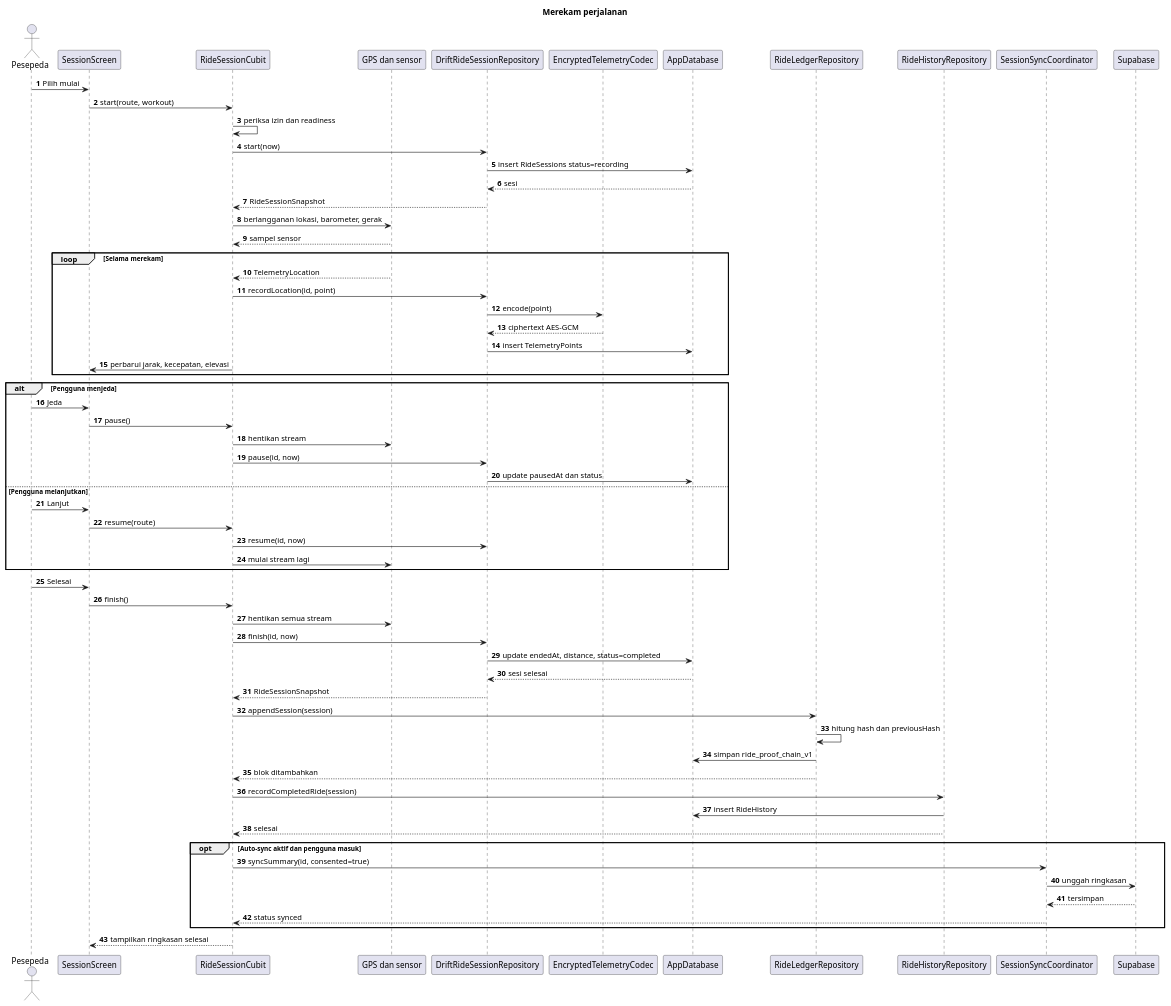
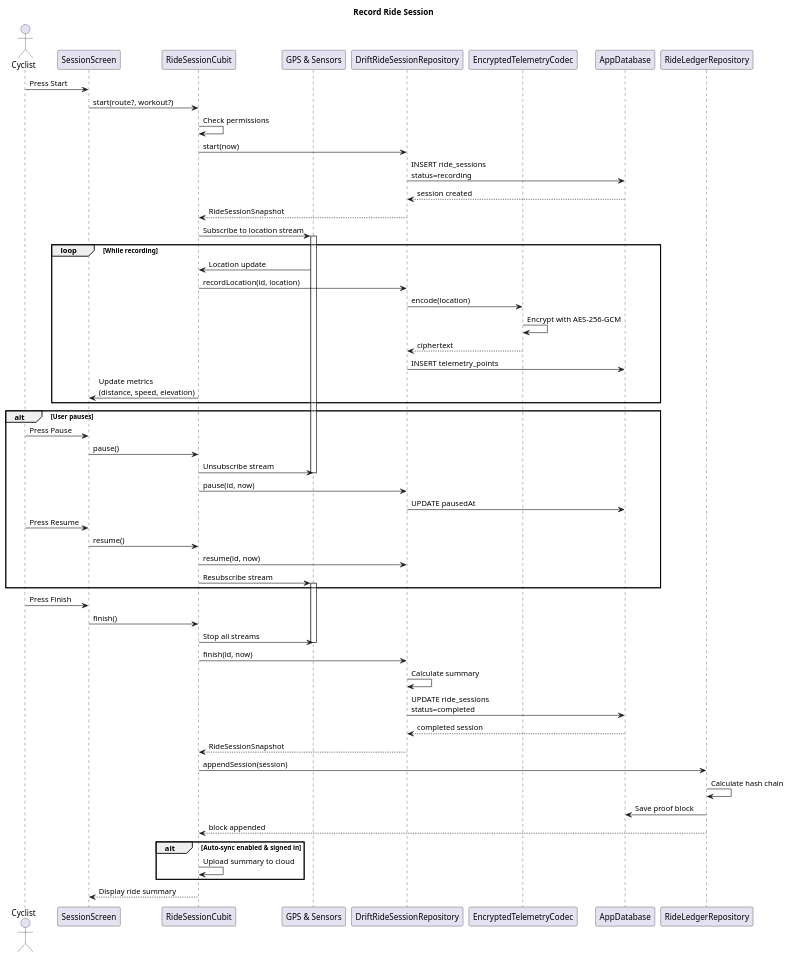
The fifth of 8 diagrams in docs/UML.md (IvandryPage/senapath-app), drawn with PlantUML before and after one commit. The commit also changed other lines of this file and 119 other files, not shown here.

````diff
--- a/docs/UML.md
+++ b/docs/UML.md
@@ -592,76 +563,73 @@
 ```plantuml
 @startuml
-title Merekam perjalanan
-autonumber
+title Record Ride Session
 
-actor "Pesepeda" as User
+actor Cyclist
 participant "SessionScreen" as UI
 participant "RideSessionCubit" as Cubit
-participant "GPS dan sensor" as Sensors
+participant "GPS & Sensors" as GPS
 participant "DriftRideSessionRepository" as Repo
 participant "EncryptedTelemetryCodec" as Codec
 participant "AppDatabase" as DB
 participant "RideLedgerRepository" as Ledger
-participant "RideHistoryRepository" as History
-participant "SessionSyncCoordinator" as Sync
-participant "Supabase" as Cloud
 
-User -> UI : Pilih mulai
-UI -> Cubit : start(route, workout)
-Cubit -> Cubit : periksa izin dan readiness
-Cubit -> Repo : start(now)
-Repo -> DB : insert RideSessions status=recording
-DB --> Repo : sesi
-Repo --> Cubit : RideSessionSnapshot
-Cubit -> Sensors : berlangganan lokasi, barometer, gerak
-Sensors --> Cubit : sampel sensor
+Cyclist -> UI: Press Start
+UI -> Cubit: start(route?, workout?)
+Cubit -> Cubit: Check permissions
+Cubit -> Repo: start(now)
+Repo -> DB: INSERT ride_sessions\nstatus=recording
+DB --> Repo: session created
+Repo --> Cubit: RideSessionSnapshot
 
-loop Selama merekam
-  Sensors --> Cubit : TelemetryLocation
-  Cubit -> Repo : recordLocation(id, point)
-  Repo -> Codec : encode(point)
-  Codec --> Repo : ciphertext AES-GCM
-  Repo -> DB : insert TelemetryPoints
-  Cubit -> UI : perbarui jarak, kecepatan, elevasi
+Cubit -> GPS: Subscribe to location stream
+activate GPS
+
+loop While recording
+  GPS -> Cubit: Location update
+  Cubit -> Repo: recordLocation(id, location)
+  Repo -> Codec: encode(location)
+  Codec -> Codec: Encrypt with AES-256-GCM
+  Codec --> Repo: ciphertext
+  Repo -> DB: INSERT telemetry_points
+  Cubit -> UI: Update metrics\n(distance, speed, elevation)
 end
 
-alt Pengguna menjeda
-  User -> UI : Jeda
-  UI -> Cubit : pause()
-  Cubit -> Sensors : hentikan stream
-  Cubit -> Repo : pause(id, now)
-  Repo -> DB : update pausedAt dan status
-else Pengguna melanjutkan
-  User -> UI : Lanjut
-  UI -> Cubit : resume(route)
-  Cubit -> Repo : resume(id, now)
-  Cubit -> Sensors : mulai stream lagi
+alt User pauses
+  Cyclist -> UI: Press Pause
+  UI -> Cubit: pause()
+  Cubit -> GPS: Unsubscribe stream
+  deactivate GPS
+  Cubit -> Repo: pause(id, now)
+  Repo -> DB: UPDATE pausedAt
+  
+  Cyclist -> UI: Press Resume
+  UI -> Cubit: resume()
+  Cubit -> Repo: resume(id, now)
+  Cubit -> GPS: Resubscribe stream
+  activate GPS
 end
 
-User -> UI : Selesai
-UI -> Cubit : finish()
-Cubit -> Sensors : hentikan semua stream
-Cubit -> Repo : finish(id, now)
-Repo -> DB : update endedAt, distance, status=completed
-DB --> Repo : sesi selesai
-Repo --> Cubit : RideSessionSnapshot
+Cyclist -> UI: Press Finish
+UI -> Cubit: finish()
+Cubit -> GPS: Stop all streams
+deactivate GPS
 
-Cubit -> Ledger : appendSession(session)
-Ledger -> Ledger : hitung hash dan previousHash
-Ledger -> DB : simpan ride_proof_chain_v1
-Ledger --> Cubit : blok ditambahkan
+Cubit -> Repo: finish(id, now)
+Repo -> Repo: Calculate summary
+Repo -> DB: UPDATE ride_sessions\nstatus=completed
+DB --> Repo: completed session
+Repo --> Cubit: RideSessionSnapshot
 
-Cubit -> History : recordCompletedRide(session)
-History -> DB : insert RideHistory
-History --> Cubit : selesai
+Cubit -> Ledger: appendSession(session)
+Ledger -> Ledger: Calculate hash chain
+Ledger -> DB: Save proof block
+Ledger --> Cubit: block appended
 
-opt Auto-sync aktif dan pengguna masuk
-  Cubit -> Sync : syncSummary(id, consented=true)
-  Sync -> Cloud : unggah ringkasan
-  Cloud --> Sync : tersimpan
-  Sync --> Cubit : status synced
+alt Auto-sync enabled & signed in
+  Cubit -> Cubit: Upload summary to cloud
 end
 
-Cubit --> UI : tampilkan ringkasan selesai
+Cubit --> UI: Display ride summary
+
 @enduml
 ```
````
